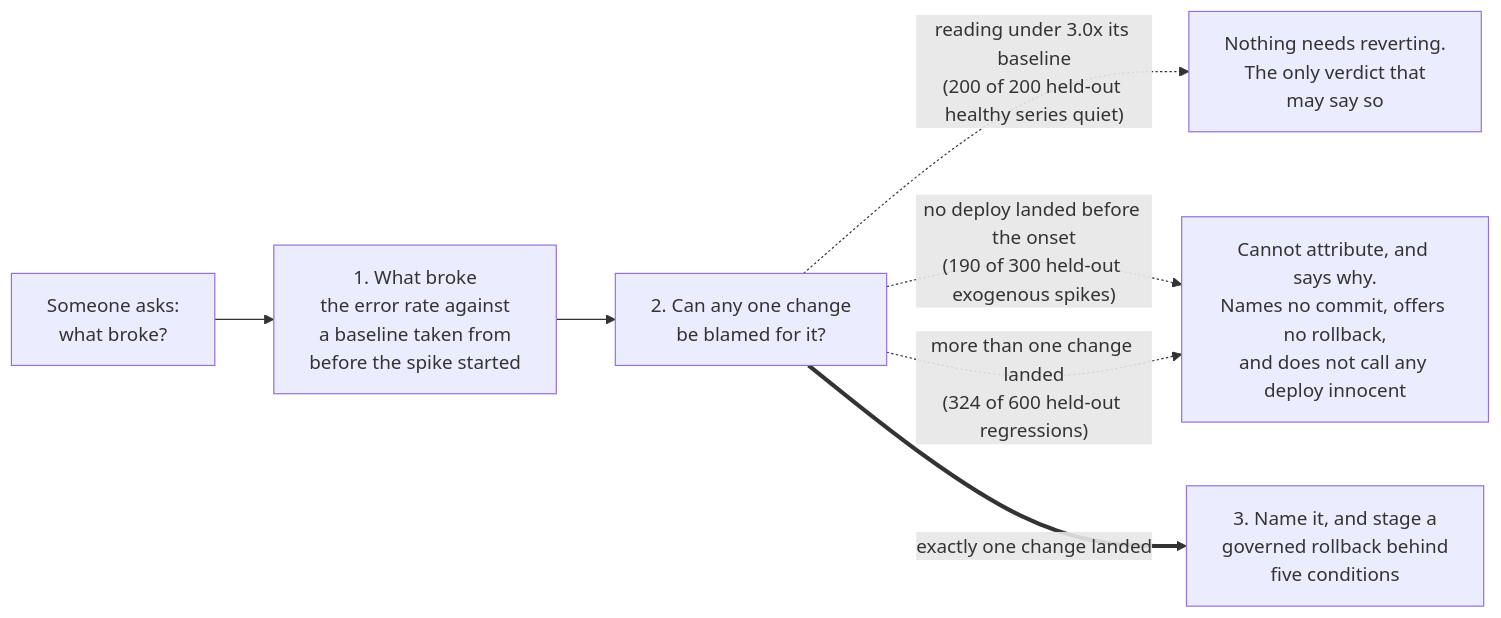
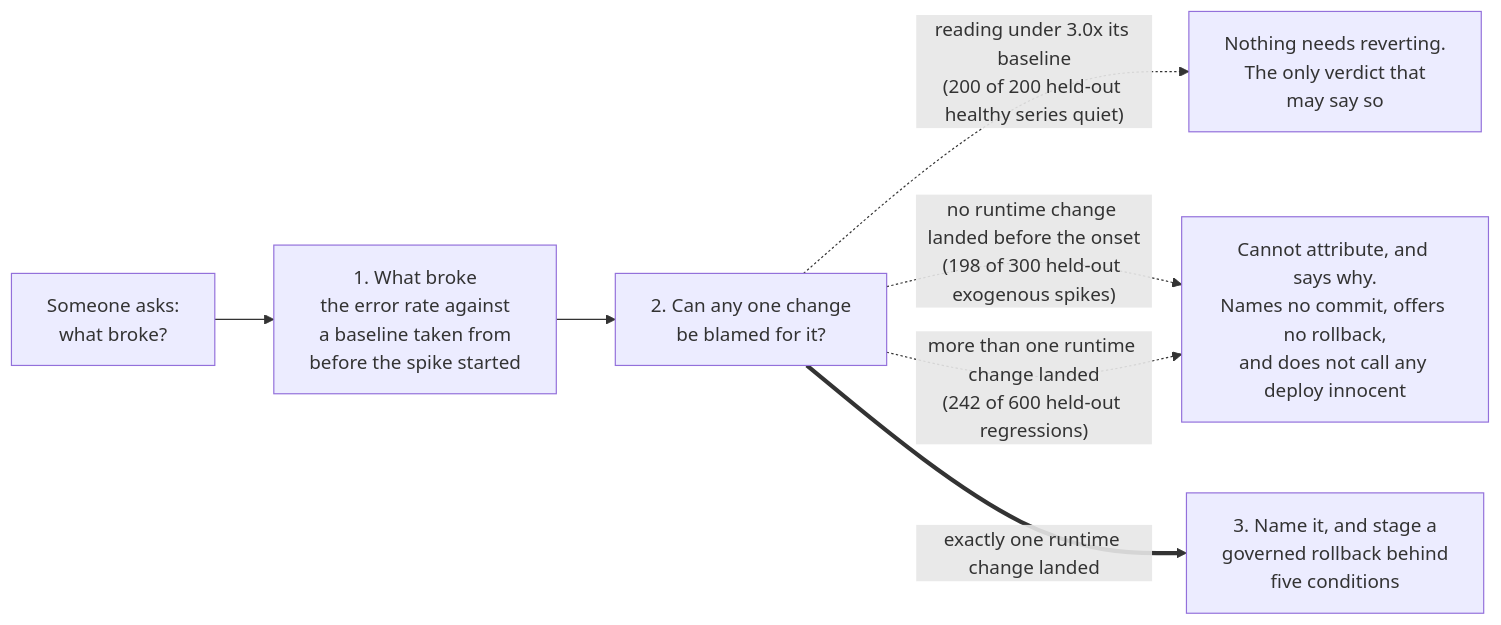
The first of 2 diagrams in README.md (upgradedev/mercury_amazon), drawn with Mermaid before and after one commit. The commit also changed other lines of this file and 15 other files, not shown here.

First line of the commit message:
Count only commits that touch a runtime file as deploy candidates

````diff
--- a/README.md
+++ b/README.md
@@ -62,10 +63,10 @@
 ```mermaid
 flowchart LR
     Q["Someone asks:<br/>what broke?"]
     Q --> M["1. What broke<br/>the error rate against<br/>a baseline taken from<br/>before the spike started"]
     M --> C["2. Can any one change<br/>be blamed for it?"]
     C -.->|"reading under 3.0x its baseline<br/>(200 of 200 held-out healthy series quiet)"| S["Nothing needs reverting.<br/>The only verdict that<br/>may say so"]
-    C -.->|"no deploy landed before the onset<br/>(190 of 300 held-out exogenous spikes)"| N["Cannot attribute, and says why.<br/>Names no commit, offers no rollback,<br/>and does not call any deploy innocent"]
-    C -.->|"more than one change landed<br/>(324 of 600 held-out regressions)"| N
-    C ==>|"exactly one change landed"| R["3. Name it, and stage a<br/>governed rollback behind<br/>five conditions"]
+    C -.->|"no runtime change landed before the onset<br/>(198 of 300 held-out exogenous spikes)"| N["Cannot attribute, and says why.<br/>Names no commit, offers no rollback,<br/>and does not call any deploy innocent"]
+    C -.->|"more than one runtime change landed<br/>(242 of 600 held-out regressions)"| N
+    C ==>|"exactly one runtime change landed"| R["3. Name it, and stage a<br/>governed rollback behind<br/>five conditions"]
 ```
````
